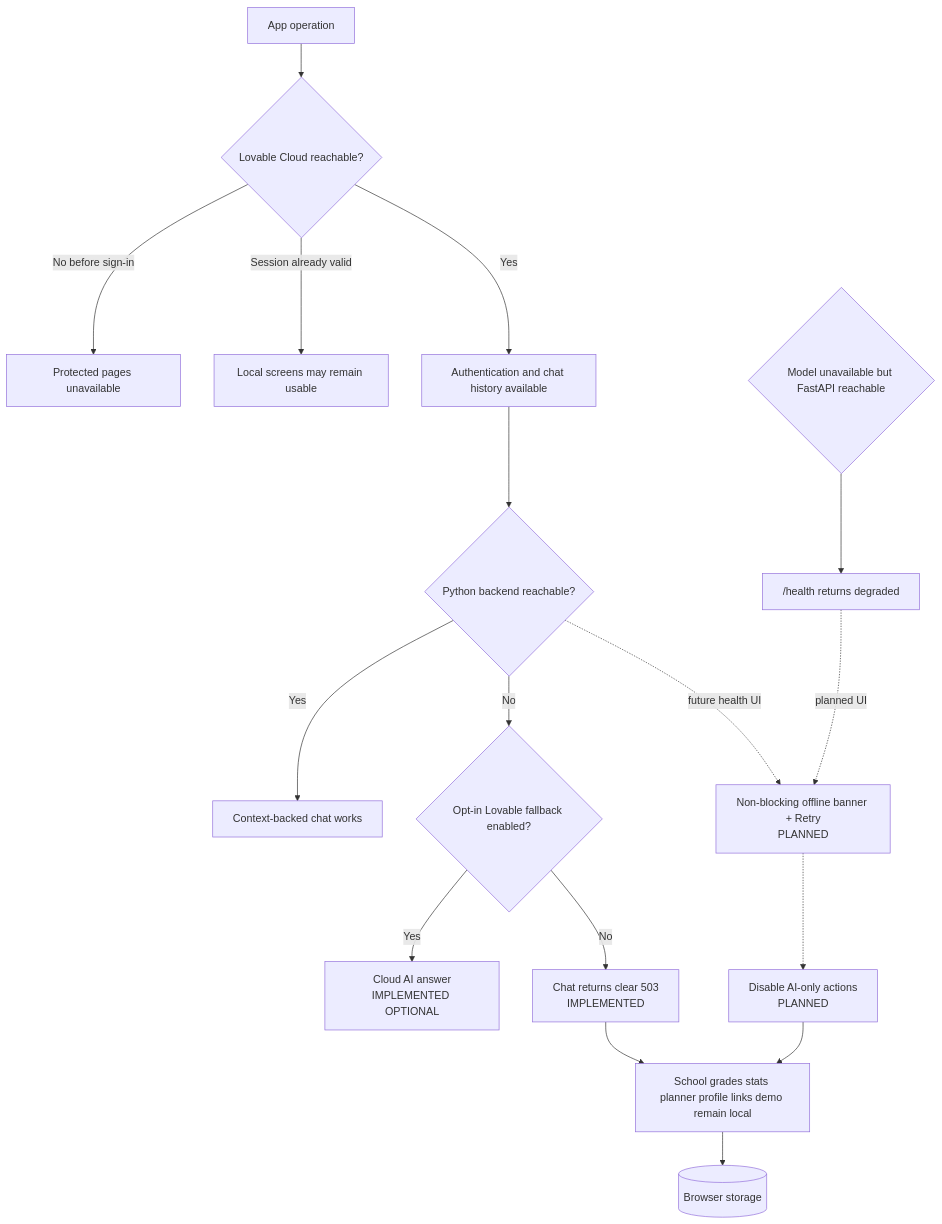
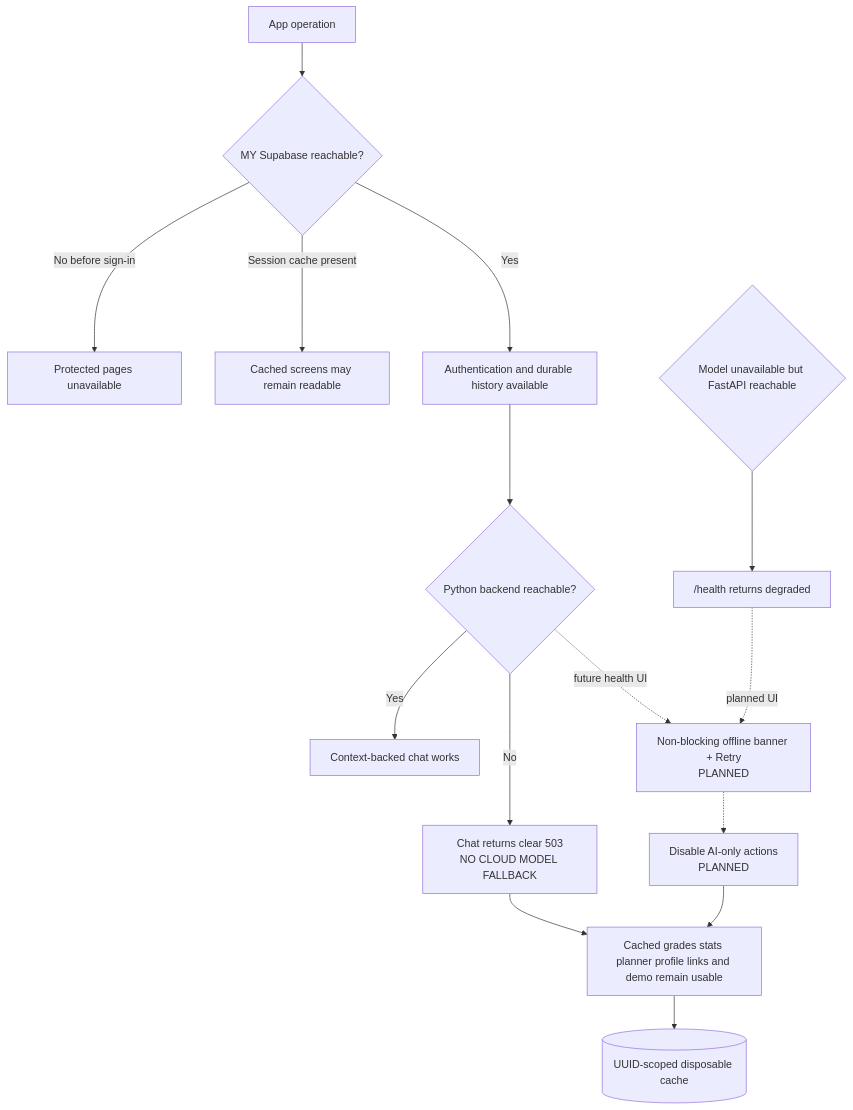
The diagram in lovabledocs/wireframes/15-offline-fallback.mmd (keyshavmor/study-swiss-star), drawn with Mermaid before and after one commit. The commit also changed 118 other files, not shown here.

Commit message:
full supabase isolation from lovable

```diff
--- a/lovabledocs/wireframes/15-offline-fallback.mmd
+++ b/lovabledocs/wireframes/15-offline-fallback.mmd
@@ -1,17 +1,15 @@
 flowchart TD
-  Start[App operation] --> Cloud{Lovable Cloud reachable?}
+  Start[App operation] --> Cloud{MY Supabase reachable?}
   Cloud -->|No before sign-in| AuthBlocked[Protected pages unavailable]
-  Cloud -->|Session already valid| LocalScreens[Local screens may remain usable]
-  Cloud -->|Yes| Gate[Authentication and chat history available]
+  Cloud -->|Session cache present| LocalScreens[Cached screens may remain readable]
+  Cloud -->|Yes| Gate[Authentication and durable history available]
   Gate --> Python{Python backend reachable?}
   Python -->|Yes| AI[Context-backed chat works]
-  Python -->|No| Fallback{Opt-in Lovable fallback enabled?}
-  Fallback -->|Yes| Gateway[Cloud AI answer\nIMPLEMENTED OPTIONAL]
-  Fallback -->|No| Error[Chat returns clear 503\nIMPLEMENTED]
+  Python -->|No| Error[Chat returns clear 503\nNO CLOUD MODEL FALLBACK]
   Python -. future health UI .-> Banner[Non-blocking offline banner + Retry\nPLANNED]
   Banner -.-> Disable[Disable AI-only actions\nPLANNED]
-  Error --> Continue[School grades stats planner profile links demo remain local]
+  Error --> Continue[Cached grades stats planner profile links and demo remain usable]
   Disable --> Continue
-  Continue --> Store[(Browser storage)]
+  Continue --> Store[(UUID-scoped disposable cache)]
   ModelDown{Model unavailable but FastAPI reachable} --> Degraded["/health returns degraded"]
   Degraded -. planned UI .-> Banner
```
